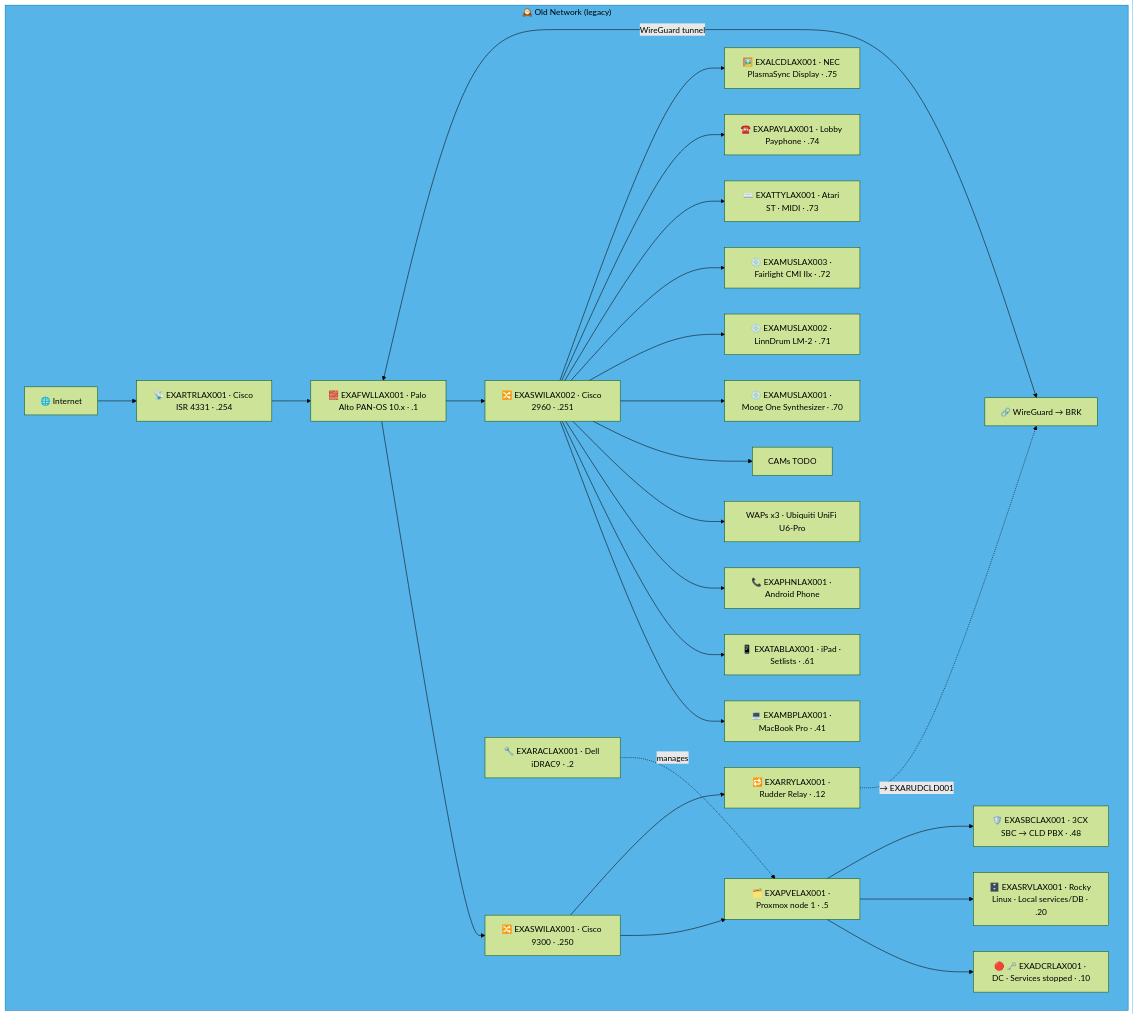
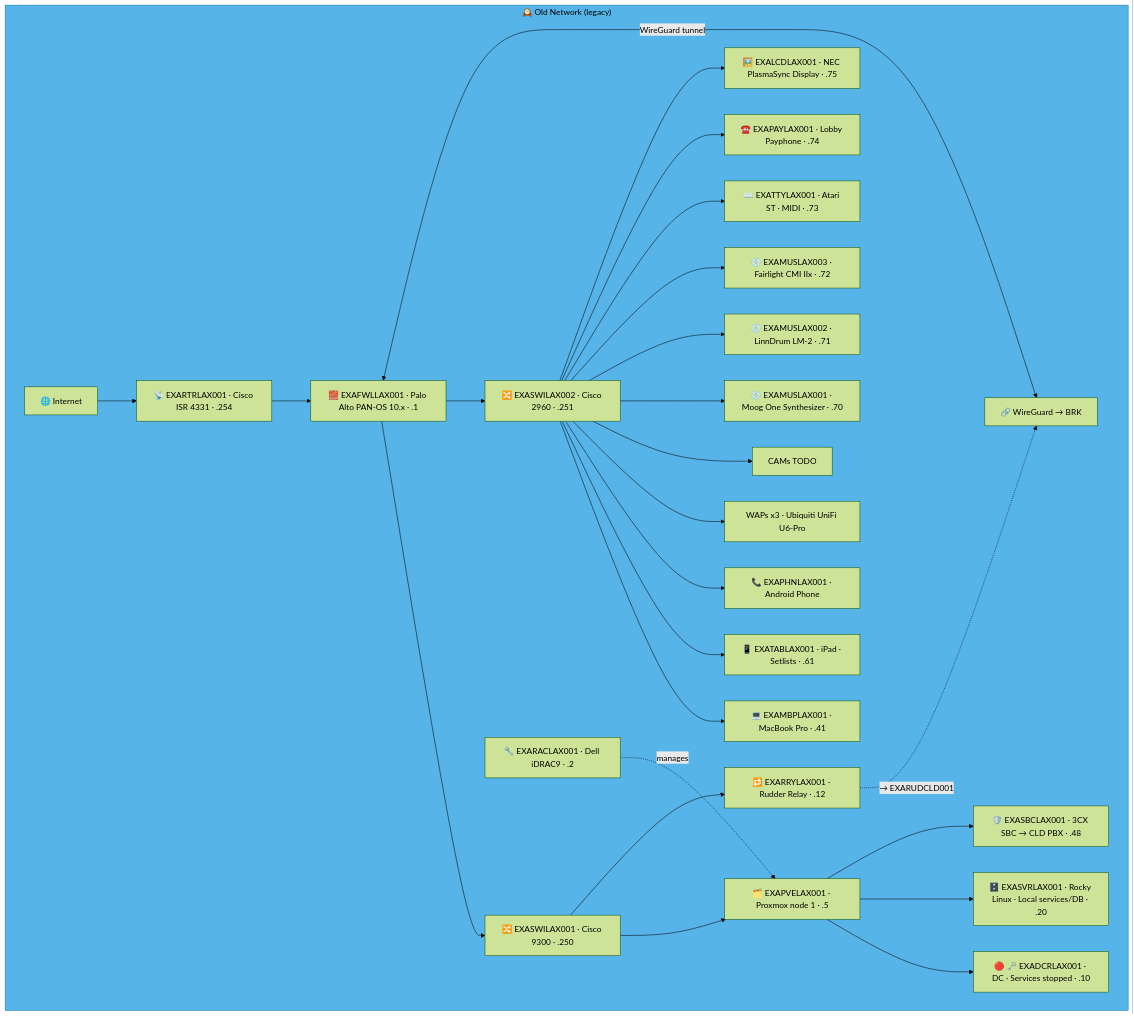
Before and after one commit to knightmare2600/example_music_infra: the second of 19 diagrams in docs/network-diagram/united-states.md, drawn with Mermaid (forest theme). The commit also changed other lines of this file and 44 other files, not shown here.

````diff
--- a/docs/network-diagram/united-states.md
+++ b/docs/network-diagram/united-states.md
@@ -84,39 +84,39 @@
 ```mermaid
 graph TD
     subgraph OLD_LAX ["🕰️ Old Network (legacy)"]
       INET["🌐 Internet"]
       FWL["🧱 EXAFWLLAX001 · Palo Alto PAN-OS 10.x · .1"]
       SW1["🔀 EXASWILAX001 · Cisco 9300 · .250"]
       SW2["🔀 EXASWILAX002 · Cisco 2960 · .251"]
       RTR["📡 EXARTRLAX001 · Cisco ISR 4331 · .254"]
       RAC["🔧 EXARACLAX001 · Dell iDRAC9 · .2"]
       PVE["🗂️ EXAPVELAX001 · Proxmox node 1 · .5"]
       DC["🔴 🗝️ EXADCRLAX001 · DC · Services stopped · .10"]
-      SRV["🗄️ EXASRVLAX001 · Rocky Linux · Local services/DB · .20"]
+      SRV["🗄️ EXASVRLAX001 · Rocky Linux · Local services/DB · .20"]
       SBC["🛡️ EXASBCLAX001 · 3CX SBC → CLD PBX · .48"]
       RRY["🔁 EXARRYLAX001 · Rudder Relay · .12"]
       MBP["💻 EXAMBPLAX001 · MacBook Pro · .41"]
       TAB["📱 EXATABLAX001 · iPad · Setlists · .61"]
       PHN["📞 EXAPHNLAX001 · Android Phone"]
       WAP["WAPs x3 · Ubiquiti UniFi U6-Pro"]
       CAM["CAMs TODO"]
       MOO["💿 EXAMUSLAX001 · Moog One Synthesizer · .70"]
       LIN["💿 EXAMUSLAX002 · LinnDrum LM-2 · .71"]
       FCL["💿 EXAMUSLAX003 · Fairlight CMI IIx · .72"]
       AST["⌨️ EXATTYLAX001 · Atari ST · MIDI · .73"]
       PAY["☎️ EXAPAYLAX001 · Lobby Payphone · .74"]
       LCD["🖼️ EXALCDLAX001 · NEC PlasmaSync Display · .75"]
       VPN["🔗 WireGuard → BRK"]
 
       INET --> RTR --> FWL --> SW1 & SW2
       SW1 --> PVE --> DC & SRV & SBC
       RAC -.->|"manages"| PVE
       SW2 --> MBP & TAB & PHN & WAP & CAM
       SW2 --> MOO & LIN & FCL & AST & PAY & LCD
       FWL <-->|"WireGuard tunnel"| VPN
 
       SW1 --> RRY
       RRY -. "→ EXARUDCLD001" .-> VPN
     end
     style OLD_LAX fill:#56B4E9,stroke:#0072B2,color:#000000
 ```
````
